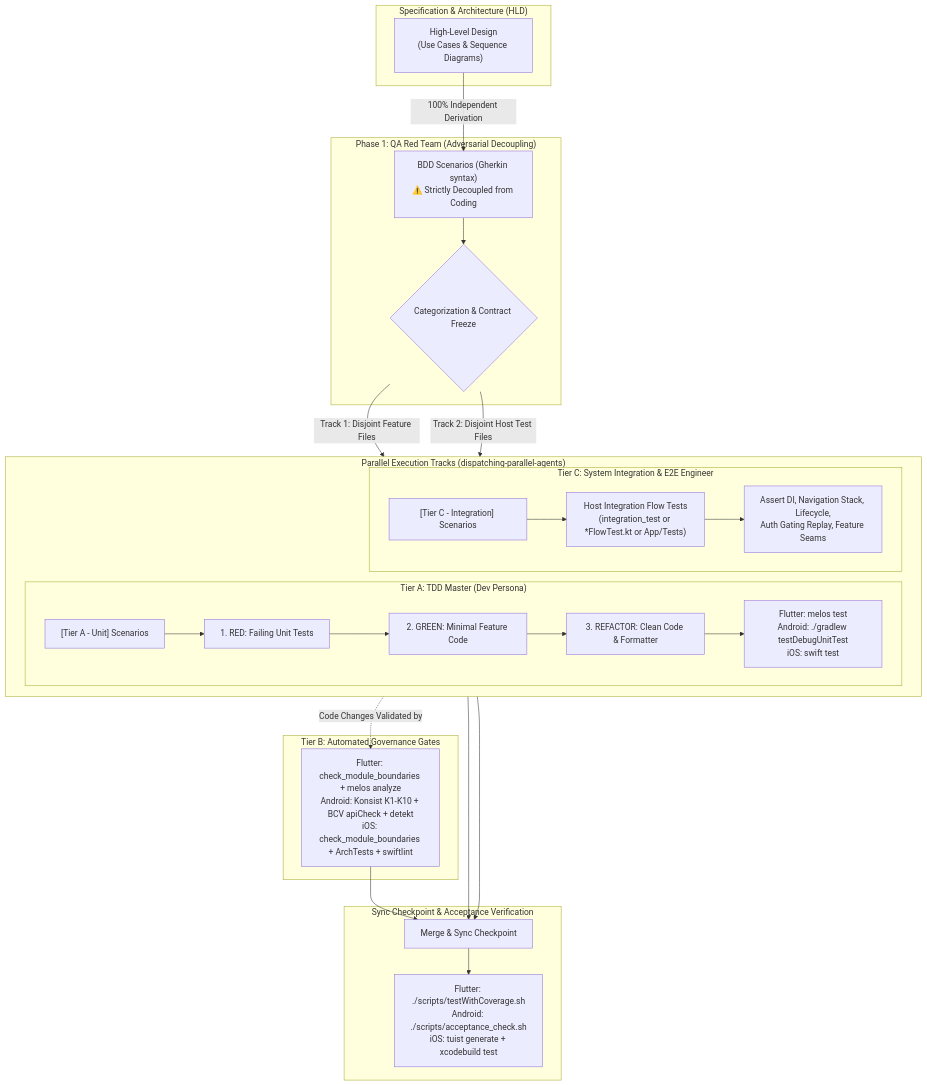
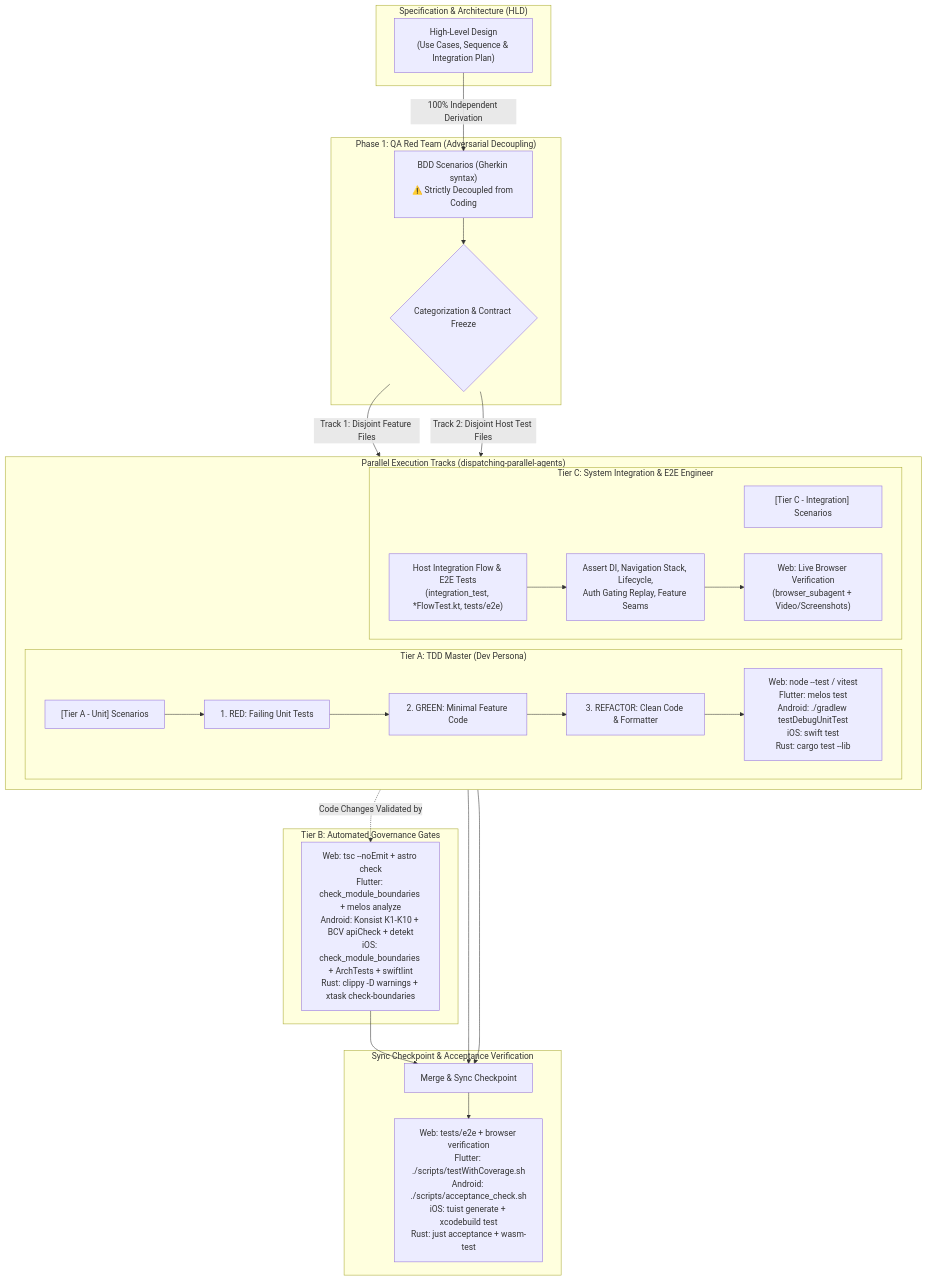
One commit to DanhDue/ai-agent-tools changed the diagram in skills/dev-designer/SKILL.md. Above: the diagram before and after it, drawn with Mermaid. The commit also changed other lines of this file and 2 other files, not shown here.

First line of the commit message:
[SKILLS] Update dev-designer and writing-plans with integration and browser verification

````diff
--- a/skills/dev-designer/SKILL.md
+++ b/skills/dev-designer/SKILL.md
@@ -155,52 +168,52 @@
 ```mermaid
 flowchart TD
     subgraph SPEC["Specification & Architecture (HLD)"]
-        HLD["High-Level Design<br/>(Use Cases & Sequence Diagrams)"]
+        HLD["High-Level Design<br/>(Use Cases, Sequence & Integration Plan)"]
     end
 
     subgraph PHASE1["Phase 1: QA Red Team (Adversarial Decoupling)"]
         BDD["BDD Scenarios (Gherkin syntax)<br/>⚠️ Strictly Decoupled from Coding"]
         TAG{"Categorization & Contract Freeze"}
     end
 
     subgraph PARALLEL["Parallel Execution Tracks (dispatching-parallel-agents)"]
         direction LR
         subgraph TIER_A["Tier A: TDD Master (Dev Persona)"]
             UNIT_SCENARIOS["[Tier A - Unit] Scenarios"]
             RED["1. RED: Failing Unit Tests"]
             GREEN["2. GREEN: Minimal Feature Code"]
             REFACTOR["3. REFACTOR: Clean Code & Formatter"]
-            VERIFY_A["Flutter: melos test<br/>Android: ./gradlew testDebugUnitTest<br/>iOS: swift test"]
+            VERIFY_A["Web: node --test / vitest<br/>Flutter: melos test<br/>Android: ./gradlew testDebugUnitTest<br/>iOS: swift test<br/>Rust: cargo test --lib"]
         end
 
         subgraph TIER_C["Tier C: System Integration & E2E Engineer"]
             FLOW_SCENARIOS["[Tier C - Integration] Scenarios"]
-            FLOW_TESTS["Host Integration Flow Tests<br/>(integration_test or *FlowTest.kt or App/Tests)"]
+            FLOW_TESTS["Host Integration Flow & E2E Tests<br/>(integration_test, *FlowTest.kt, tests/e2e)"]
             SYS_ASSERT["Assert DI, Navigation Stack, Lifecycle,<br/>Auth Gating Replay, Feature Seams"]
+            BROWSER_VERIFY["Web: Live Browser Verification<br/>(browser_subagent + Video/Screenshots)"]
+            FLOW_TESTS --> SYS_ASSERT --> BROWSER_VERIFY
         end
     end
 
     subgraph TIER_B["Tier B: Automated Governance Gates"]
-        GATE["Flutter: check_module_boundaries + melos analyze<br/>Android: Konsist K1-K10 + BCV apiCheck + detekt<br/>iOS: check_module_boundaries + ArchTests + swiftlint"]
+        GATE["Web: tsc --noEmit + astro check<br/>Flutter: check_module_boundaries + melos analyze<br/>Android: Konsist K1-K10 + BCV apiCheck + detekt<br/>iOS: check_module_boundaries + ArchTests + swiftlint<br/>Rust: clippy -D warnings + xtask check-boundaries"]
     end
 
     subgraph SYNC["Sync Checkpoint & Acceptance Verification"]
         MERGE["Merge & Sync Checkpoint"]
-        VERIFY_C["Flutter: ./scripts/testWithCoverage.sh<br/>Android: ./scripts/acceptance_check.sh<br/>iOS: tuist generate + xcodebuild test"]
+        VERIFY_C["Web: tests/e2e + browser verification<br/>Flutter: ./scripts/testWithCoverage.sh<br/>Android: ./scripts/acceptance_check.sh<br/>iOS: tuist generate + xcodebuild test<br/>Rust: just acceptance + wasm-test"]
     end
 
     HLD -->|100% Independent Derivation| BDD
     BDD --> TAG
     TAG -->|Track 1: Disjoint Feature Files| UNIT_SCENARIOS
     TAG -->|Track 2: Disjoint Host Test Files| FLOW_SCENARIOS
 
     UNIT_SCENARIOS --> RED --> GREEN --> REFACTOR --> VERIFY_A
     REFACTOR -.->|Code Changes Validated by| GATE
 
-    FLOW_SCENARIOS --> FLOW_TESTS --> SYS_ASSERT
-
     VERIFY_A --> MERGE
-    SYS_ASSERT --> MERGE
+    BROWSER_VERIFY --> MERGE
     GATE --> MERGE
     MERGE --> VERIFY_C
 ```
````
